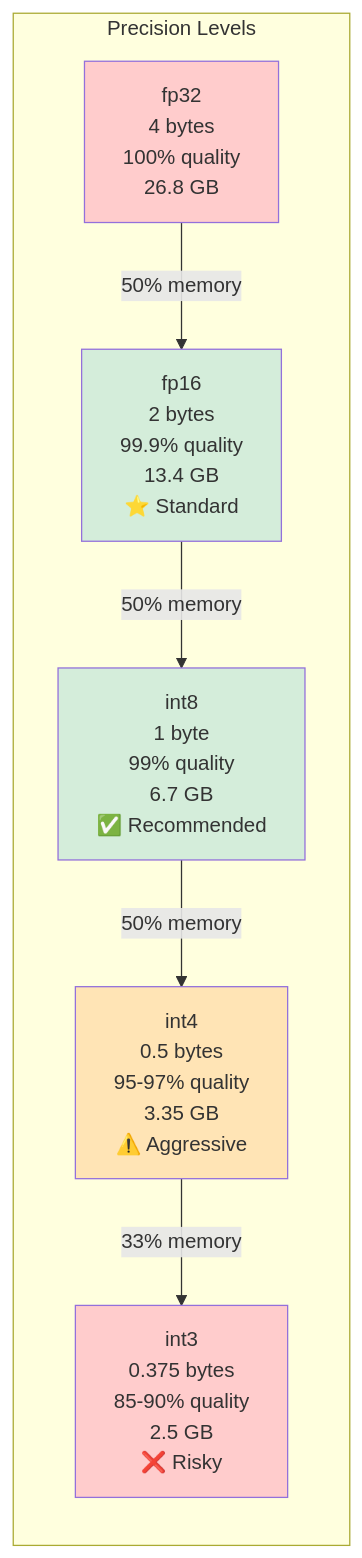
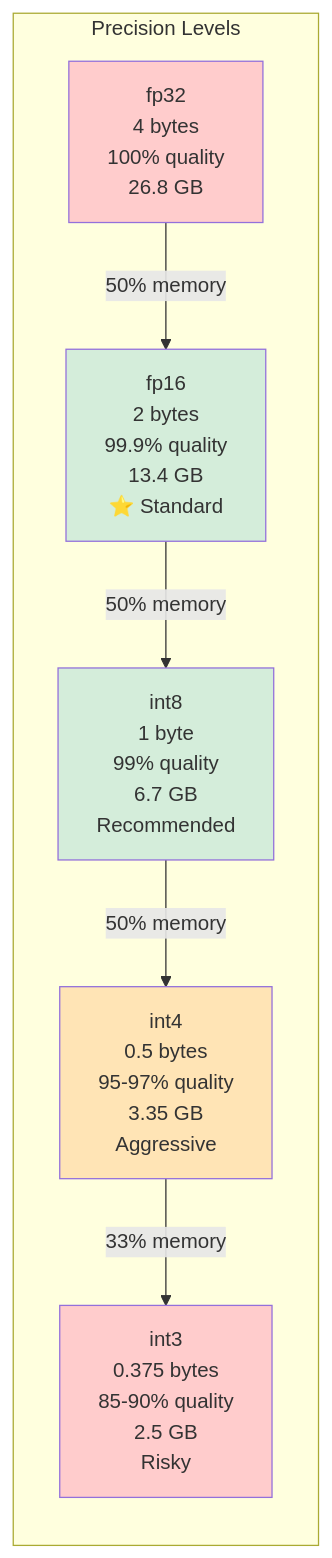
One commit to dsgouda7/ai-portfolio changed the fourth of 7 diagrams in notes/03-ai/ch04-llm-model-internals/model-internals.md. Above: the diagram before and after it, drawn with Mermaid. The commit also changed other lines of this file and 391 other files, not shown here.

````diff
--- a/notes/03-ai/ch04-llm-model-internals/model-internals.md
+++ b/notes/03-ai/ch04-llm-model-internals/model-internals.md
@@ -659,21 +659,21 @@
 ```mermaid
 graph LR
-    subgraph "Precision Levels"
-        A["fp32<br/>4 bytes<br/>100% quality<br/>26.8 GB"]
-        B["fp16<br/>2 bytes<br/>99.9% quality<br/>13.4 GB<br/>⭐ Standard"]
-        C["int8<br/>1 byte<br/>99% quality<br/>6.7 GB<br/>✅ Recommended"]
-        D["int4<br/>0.5 bytes<br/>95-97% quality<br/>3.35 GB<br/>⚠️ Aggressive"]
-        E["int3<br/>0.375 bytes<br/>85-90% quality<br/>2.5 GB<br/>❌ Risky"]
-    end
+ subgraph "Precision Levels"
+ A["fp32<br/>4 bytes<br/>100% quality<br/>26.8 GB"]
+ B["fp16<br/>2 bytes<br/>99.9% quality<br/>13.4 GB<br/>⭐ Standard"]
+ C["int8<br/>1 byte<br/>99% quality<br/>6.7 GB<br/> Recommended"]
+ D["int4<br/>0.5 bytes<br/>95-97% quality<br/>3.35 GB<br/> Aggressive"]
+ E["int3<br/>0.375 bytes<br/>85-90% quality<br/>2.5 GB<br/> Risky"]
+ end
 
-    A -->|50% memory| B
-    B -->|50% memory| C
-    C -->|50% memory| D
-    D -->|33% memory| E
+ A -->|50% memory| B
+ B -->|50% memory| C
+ C -->|50% memory| D
+ D -->|33% memory| E
 
-    style A fill:#ffcccc
-    style B fill:#d4edda
-    style C fill:#d4edda
-    style D fill:#ffe4b5
-    style E fill:#ffcccc
+ style A fill:#ffcccc
+ style B fill:#d4edda
+ style C fill:#d4edda
+ style D fill:#ffe4b5
+ style E fill:#ffcccc
 ```
````
